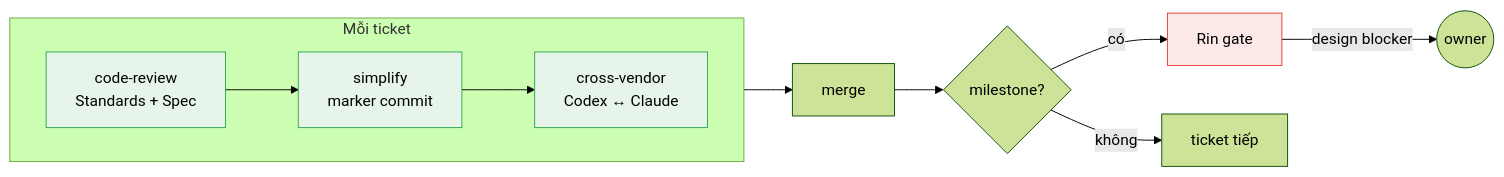
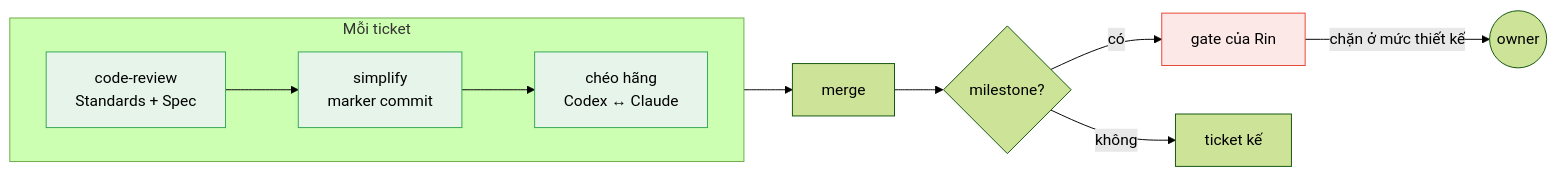
The third of 3 diagrams in README.vn.md (thientranhung/astragentic), drawn with Mermaid (forest theme) before and after one commit. The commit also changed other lines of this file and 7 other files, not shown here.

````diff
--- a/README.vn.md
+++ b/README.vn.md
@@ -153,17 +160,17 @@
 ```mermaid
 flowchart LR
     subgraph PT["Mỗi ticket"]
         direction LR
-        R1["code-review\nStandards + Spec"] --> R2["simplify\nmarker commit"] --> R3["cross-vendor\nCodex ↔ Claude"]
+        R1["code-review\nStandards + Spec"] --> R2["simplify\nmarker commit"] --> R3["chéo hãng\nCodex ↔ Claude"]
     end
     PT --> M["merge"]
     M --> RM{"milestone?"}
-    RM -->|có| Rin["Rin gate"]
-    RM -->|không| Next["ticket tiếp"]
-    Rin -->|design blocker| Owner(("owner"))
+    RM -->|có| Rin["gate của Rin"]
+    RM -->|không| Next["ticket kế"]
+    Rin -->|chặn ở mức thiết kế| Owner(("owner"))
 
     style R1 fill:#e6f4ea,stroke:#34a853
     style R2 fill:#e6f4ea,stroke:#34a853
     style R3 fill:#e6f4ea,stroke:#34a853
     style Rin fill:#fce8e6,stroke:#ea4335
 ```
````
